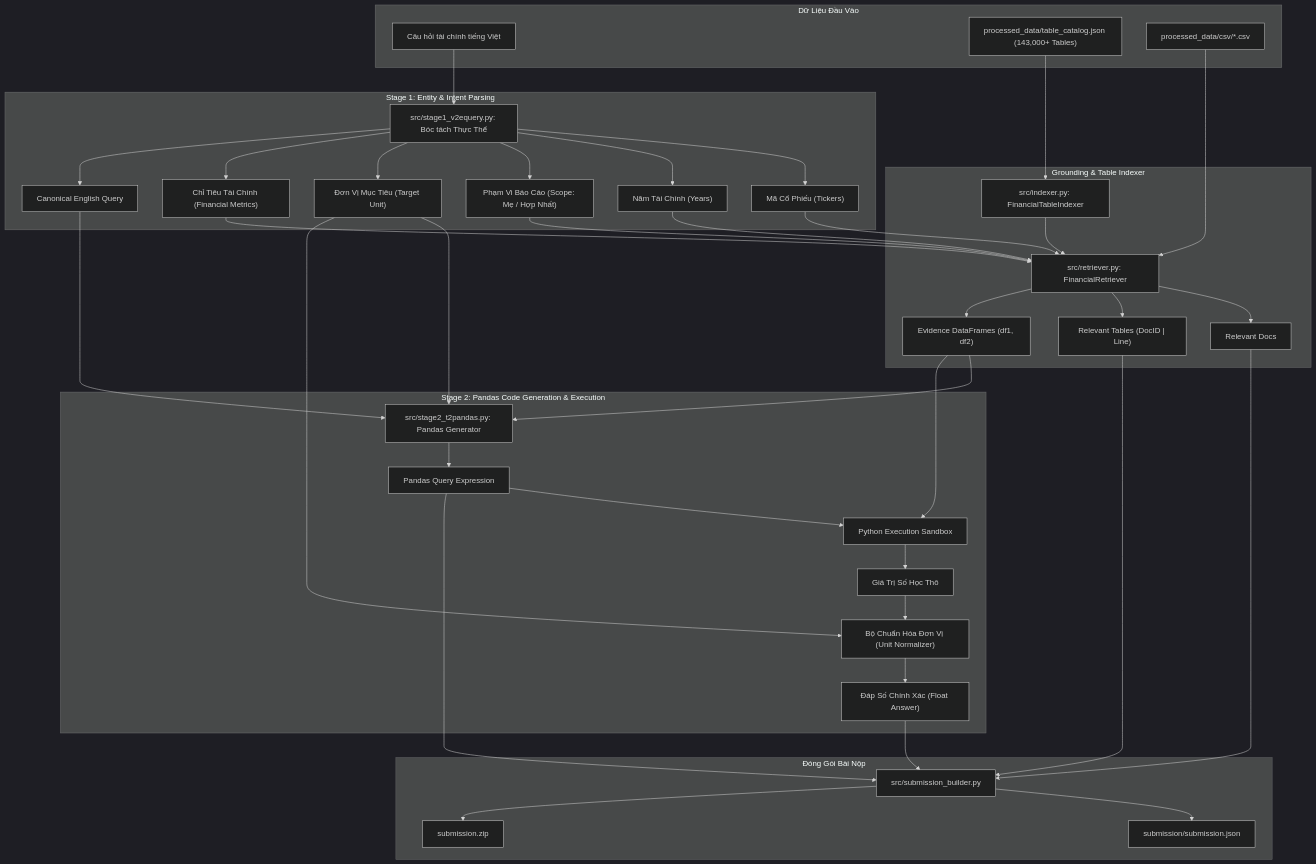
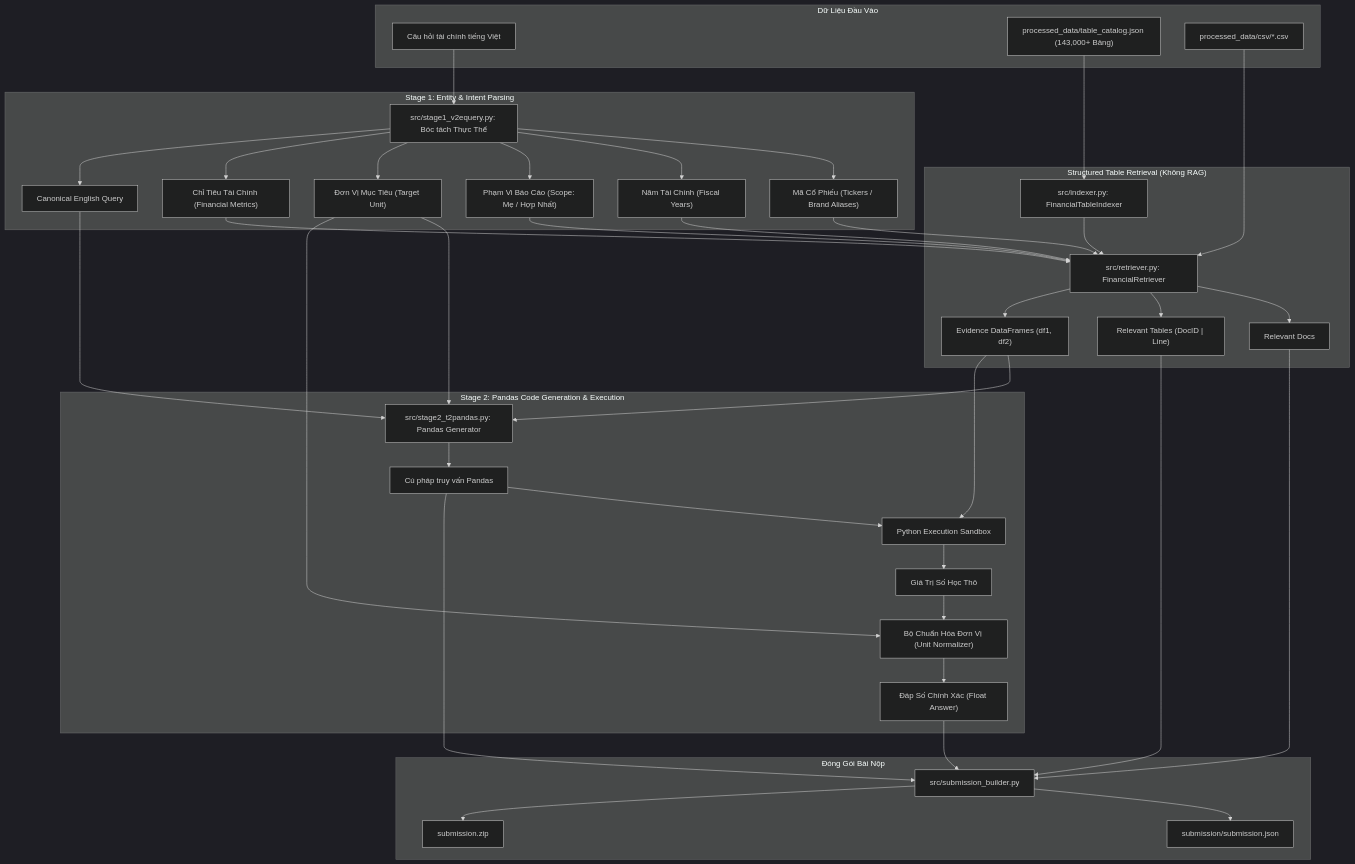
Before and after one commit to BaoPhucxD14022006/Text-to-pandas-system: the diagram in README.md, drawn with Mermaid (dark theme). The commit also changed other lines of this file, not shown here.

````diff
--- a/README.md
+++ b/README.md
@@ -39,53 +46,53 @@
 ```mermaid
 flowchart TD
     subgraph InputStage ["Dữ Liệu Đầu Vào"]
         Q["Câu hỏi tài chính tiếng Việt"]
-        CAT["processed_data/table_catalog.json (143,000+ Tables)"]
+        CAT["processed_data/table_catalog.json (143,000+ Bảng)"]
         CSV["processed_data/csv/*.csv"]
     end
 
     subgraph Stage1 ["Stage 1: Entity & Intent Parsing"]
         Q --> S1["src/stage1_v2equery.py: Bóc tách Thực Thể"]
-        S1 --> E1["Mã Cổ Phiếu (Tickers)"]
-        S1 --> E2["Năm Tài Chính (Years)"]
+        S1 --> E1["Mã Cổ Phiếu (Tickers / Brand Aliases)"]
+        S1 --> E2["Năm Tài Chính (Fiscal Years)"]
         S1 --> E3["Phạm Vi Báo Cáo (Scope: Mẹ / Hợp Nhất)"]
         S1 --> E4["Đơn Vị Mục Tiêu (Target Unit)"]
         S1 --> E5["Chỉ Tiêu Tài Chính (Financial Metrics)"]
         S1 --> CQ["Canonical English Query"]
     end
 
-    subgraph Retrieval ["Grounding & Table Indexer"]
+    subgraph TableRetrieval ["Structured Table Retrieval (Không RAG)"]
         CAT --> IDX["src/indexer.py: FinancialTableIndexer"]
         IDX --> RET["src/retriever.py: FinancialRetriever"]
         E1 --> RET
         E2 --> RET
         E3 --> RET
         E5 --> RET
         CSV --> RET
         RET --> RD["Relevant Docs"]
         RET --> RT["Relevant Tables (DocID | Line)"]
         RET --> DFS["Evidence DataFrames (df1, df2)"]
     end
 
     subgraph Stage2 ["Stage 2: Pandas Code Generation & Execution"]
         CQ --> S2["src/stage2_t2pandas.py: Pandas Generator"]
         DFS --> S2
         E4 --> S2
-        S2 --> CODE["Pandas Query Expression"]
+        S2 --> CODE["Cú pháp truy vấn Pandas"]
         CODE --> EXEC["Python Execution Sandbox"]
         DFS --> EXEC
         EXEC --> RAW["Giá Trị Số Học Thô"]
         RAW --> NORM["Bộ Chuẩn Hóa Đơn Vị (Unit Normalizer)"]
         E4 --> NORM
         NORM --> ANS["Đáp Số Chính Xác (Float Answer)"]
     end
 
     subgraph OutputStage ["Đóng Gói Bài Nộp"]
         ANS --> BLD["src/submission_builder.py"]
         RD --> BLD
         RT --> BLD
         CODE --> BLD
         BLD --> S_JSON["submission/submission.json"]
         BLD --> S_ZIP["submission.zip"]
     end
 ```
````
